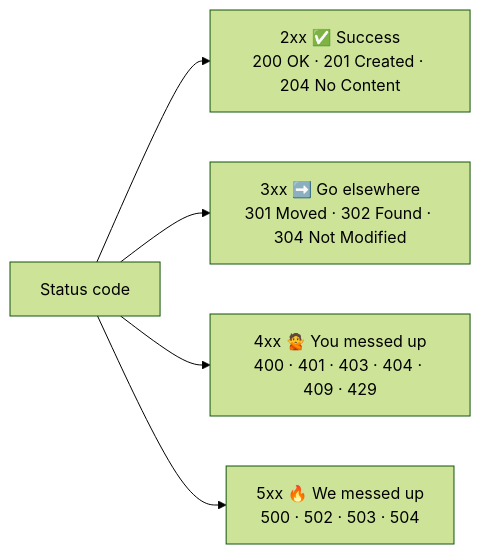
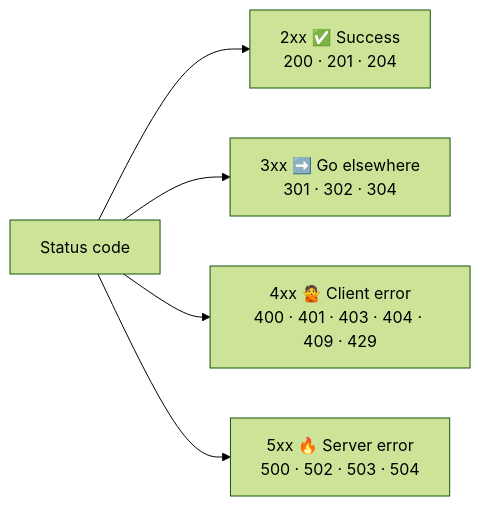
One commit to winnyboy5/System-Design-from-Atoms changed the diagram in phases/02-networking/012-http-and-status-codes.md. Above: the diagram before and after it, drawn with Mermaid (forest theme). The commit also changed other lines of this file and 7 other files, not shown here.

````diff
--- a/phases/02-networking/012-http-and-status-codes.md
+++ b/phases/02-networking/012-http-and-status-codes.md
@@ -43,7 +57,7 @@
 ```mermaid
 flowchart LR
-    S["Status code"] --> A["2xx ✅ Success<br/>200 OK · 201 Created · 204 No Content"]
-    S --> B["3xx ➡️ Go elsewhere<br/>301 Moved · 302 Found · 304 Not Modified"]
-    S --> C["4xx 🙅 You messed up<br/>400 · 401 · 403 · 404 · 409 · 429"]
-    S --> D["5xx 🔥 We messed up<br/>500 · 502 · 503 · 504"]
+    S["Status code"] --> A["2xx ✅ Success<br/>200 · 201 · 204"]
+    S --> B["3xx ➡️ Go elsewhere<br/>301 · 302 · 304"]
+    S --> C["4xx 🙅 Client error<br/>400 · 401 · 403 · 404 · 409 · 429"]
+    S --> D["5xx 🔥 Server error<br/>500 · 502 · 503 · 504"]
 ```
````
